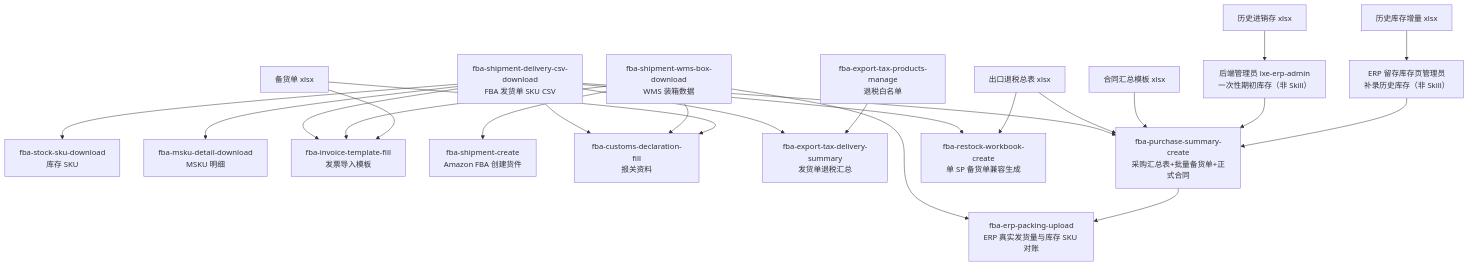
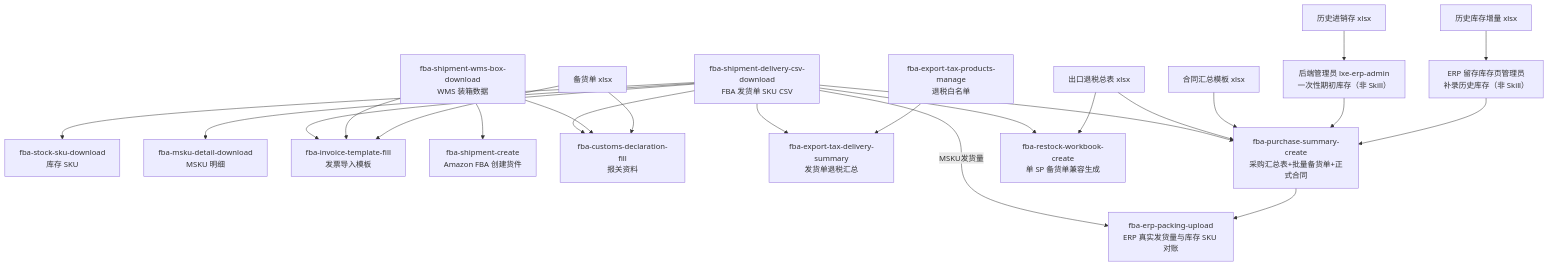
One commit to LXE123/LXE_AGENT changed the diagram in skills/fba-workflow-map/SKILL.md. Above: the diagram before and after it, drawn with Mermaid. The commit also changed other lines of this file, not shown here.

Commit message:
docs: correct ERP packing source in FBA workflow map

````diff
--- a/skills/fba-workflow-map/SKILL.md
+++ b/skills/fba-workflow-map/SKILL.md
@@ -27,27 +27,27 @@
 ```mermaid
 flowchart TD
   A["fba-shipment-delivery-csv-download<br/>FBA 发货单 SKU CSV"] --> B["fba-stock-sku-download<br/>库存 SKU"]
   A --> C["fba-msku-detail-download<br/>MSKU 明细"]
   A --> D["fba-invoice-template-fill<br/>发票导入模板"]
+  A -->|MSKU发货量| R["fba-erp-packing-upload<br/>ERP 真实发货量与库存 SKU 对账"]
 
   E["fba-shipment-wms-box-download<br/>WMS 装箱数据"] --> F["fba-shipment-create<br/>Amazon FBA 创建货件"]
-  E --> R["fba-erp-packing-upload<br/>ERP 真实发货量与库存 SKU 对账"]
   E --> D
   L["备货单 xlsx"] --> D
   A --> H["fba-customs-declaration-fill<br/>报关资料"]
   E --> H["fba-customs-declaration-fill<br/>报关资料"]
   L["备货单 xlsx"] --> H
 
   A --> I["fba-export-tax-delivery-summary<br/>发货单退税汇总"]
   J["fba-export-tax-products-manage<br/>退税白名单"] --> I
   A --> M["fba-purchase-summary-create<br/>采购汇总表+批量备货单+正式合同"]
   N["出口退税总表 xlsx"] --> M
   Q["合同汇总模板 xlsx"] --> M
   X["历史进销存 xlsx"] --> Y["后端管理员 lxe-erp-admin<br/>一次性期初库存（非 Skill）"]
   Y --> M
   Z["历史库存增量 xlsx"] --> W["ERP 留存库存页管理员<br/>补录历史库存（非 Skill）"]
   W --> M
   M --> R
   A --> O["fba-restock-workbook-create<br/>单 SP 备货单兼容生成"]
   N --> O
 ```
````
